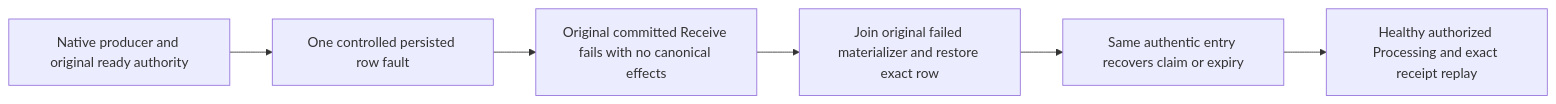
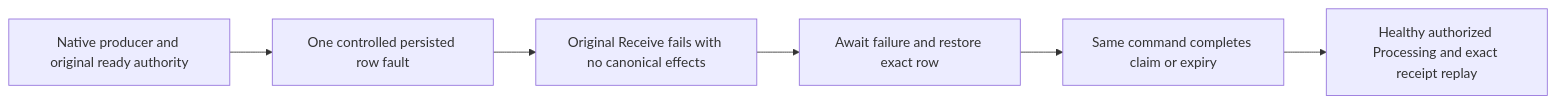
The diagram in docs/Features/Messaging/NativeQueueReadyAuthority.md (managedcode/KeyLoad), drawn with Mermaid before and after one commit. The commit also changed other lines of this file and 636 other files, not shown here.

````diff
--- a/docs/Features/Messaging/NativeQueueReadyAuthority.md
+++ b/docs/Features/Messaging/NativeQueueReadyAuthority.md
@@ -11,8 +11,8 @@
 ```mermaid
 flowchart LR
  A[Native producer and original ready authority] --> B[One controlled persisted row fault]
- B --> C[Original committed Receive fails with no canonical effects]
- C --> D[Join original failed materializer and restore exact row]
- D --> E[Same authentic entry recovers claim or expiry]
+ B --> C[Original Receive fails with no canonical effects]
+ C --> D[Await failure and restore exact row]
+ D --> E[Same command completes claim or expiry]
  E --> F[Healthy authorized Processing and exact receipt replay]
 ```
````
